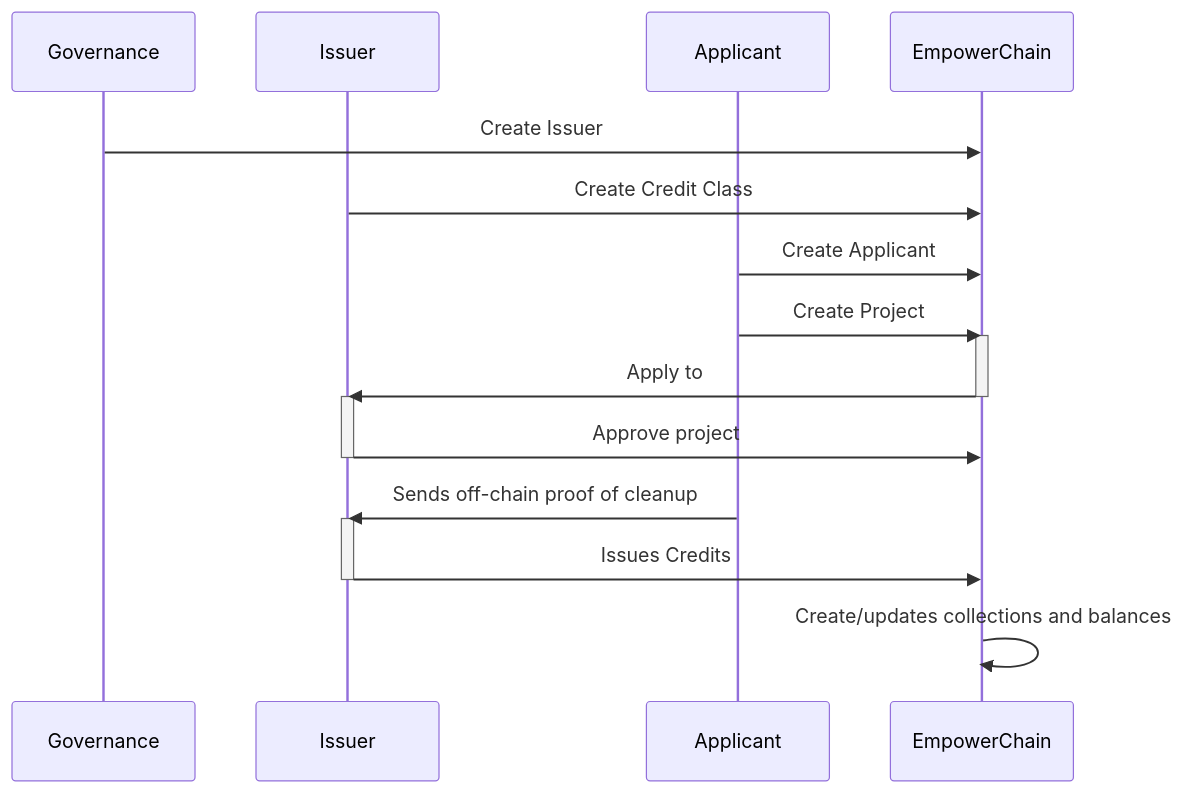
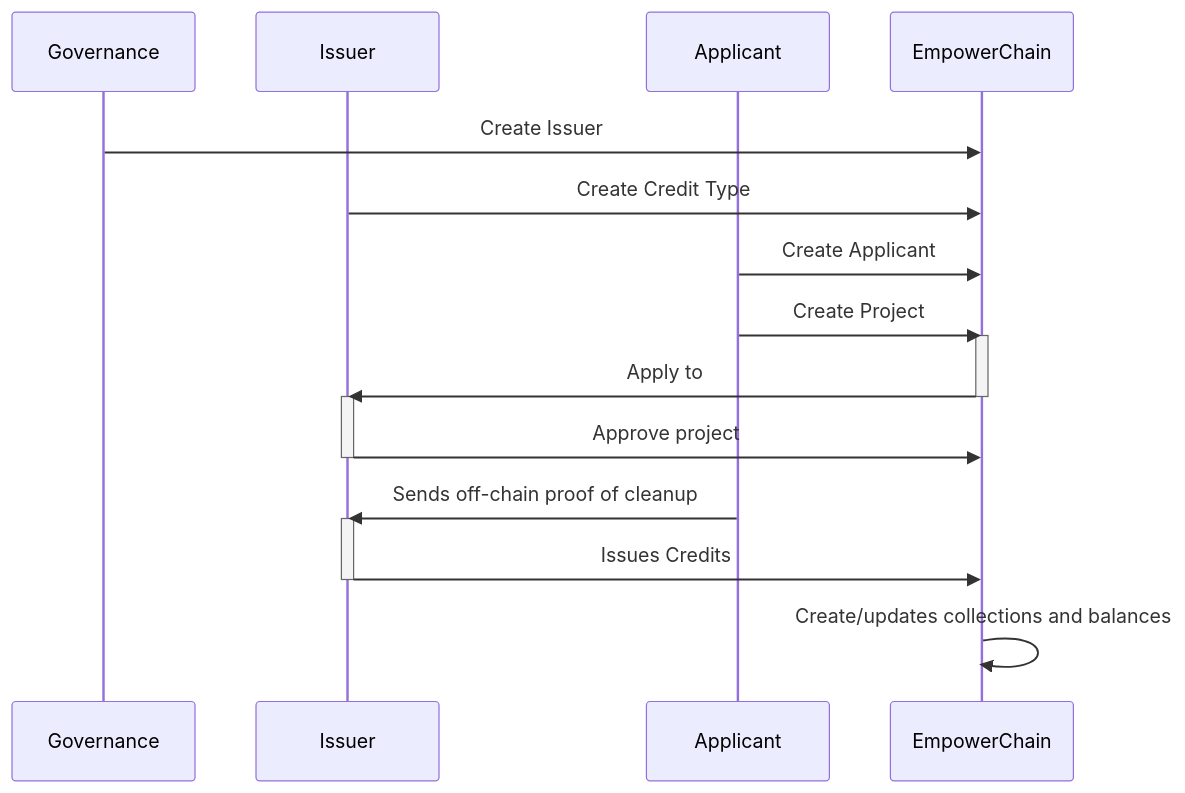
Before and after one commit to EmpowerPlastic/empowerchain: the first of 3 diagrams in chain/x/plasticcredit/README.md, drawn with Mermaid. The commit also changed other lines of this file and 16 other files, not shown here.

````diff
--- a/chain/x/plasticcredit/README.md
+++ b/chain/x/plasticcredit/README.md
@@ -25,23 +25,23 @@
 ```mermaid
 sequenceDiagram
     participant Governance
     participant Issuer
     participant Applicant
     participant EmpowerChain
     
     Governance->>EmpowerChain: Create Issuer
-    Issuer->>EmpowerChain: Create Credit Class
+    Issuer->>EmpowerChain: Create Credit Type
     Applicant->>EmpowerChain: Create Applicant
     Applicant->>EmpowerChain: Create Project
     activate EmpowerChain
     EmpowerChain->>Issuer: Apply to
     deactivate EmpowerChain
     activate Issuer
     Issuer->>EmpowerChain: Approve project
     deactivate Issuer
     Applicant->>Issuer: Sends off-chain proof of cleanup
     activate Issuer
     Issuer->>EmpowerChain: Issues Credits
     deactivate Issuer
     EmpowerChain->>EmpowerChain: Create/updates collections and balances
 ```
````
